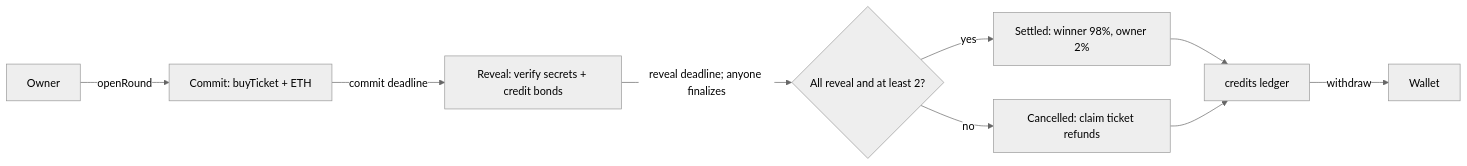
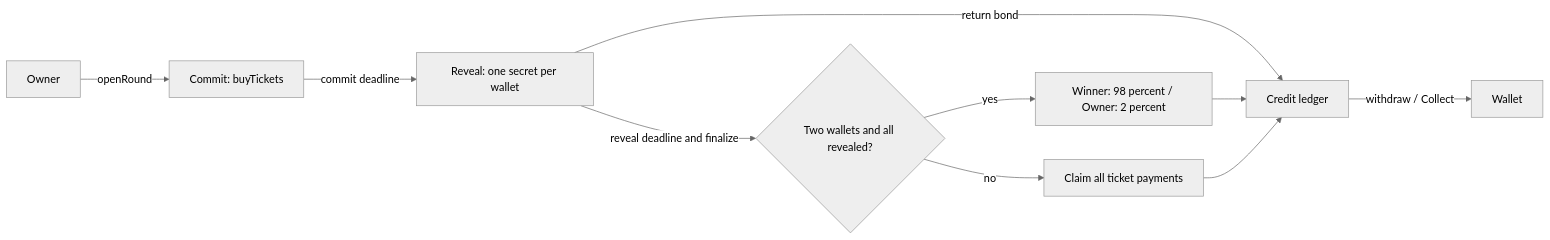
The diagram in README.md (truongdqhuy/Decentralized-Lottery-with-Fair-Randomness), drawn with Mermaid (neutral theme) before and after one commit. The commit also changed other lines of this file, not shown here.

````diff
--- a/README.md
+++ b/README.md
@@ -44,11 +134,12 @@
 ```mermaid
 flowchart LR
-  Owner -->|openRound| Commit[Commit: buyTicket + ETH]
-  Commit -->|commit deadline| Reveal[Reveal: verify secrets + credit bonds]
-  Reveal -->|reveal deadline; anyone finalizes| Decision{All reveal and at least 2?}
-  Decision -->|yes| Settled[Settled: winner 98%, owner 2%]
-  Decision -->|no| Cancelled[Cancelled: claim ticket refunds]
-  Settled --> Credits[credits ledger]
+  Owner -->|openRound| Commit[Commit: buyTickets]
+  Commit -->|commit deadline| Reveal[Reveal: one secret per wallet]
+  Reveal -->|reveal deadline and finalize| Decision{Two wallets and all revealed?}
+  Decision -->|yes| Settled[Winner: 98 percent / Owner: 2 percent]
+  Decision -->|no| Cancelled[Claim all ticket payments]
+  Reveal -->|return bond| Credits[Credit ledger]
+  Settled --> Credits
   Cancelled --> Credits
-  Credits -->|withdraw| Wallet
+  Credits -->|withdraw / Collect| Wallet
 ```
````
